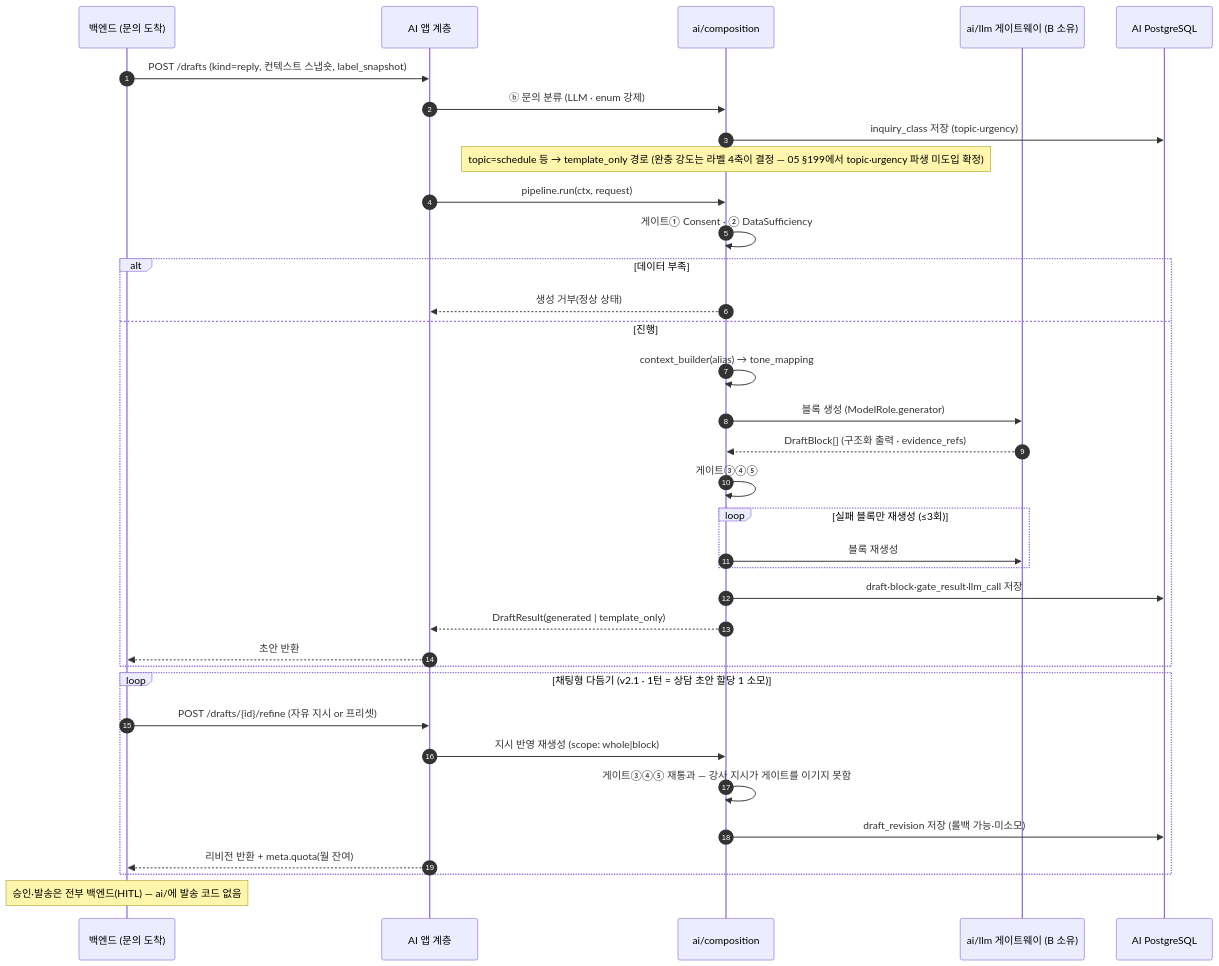
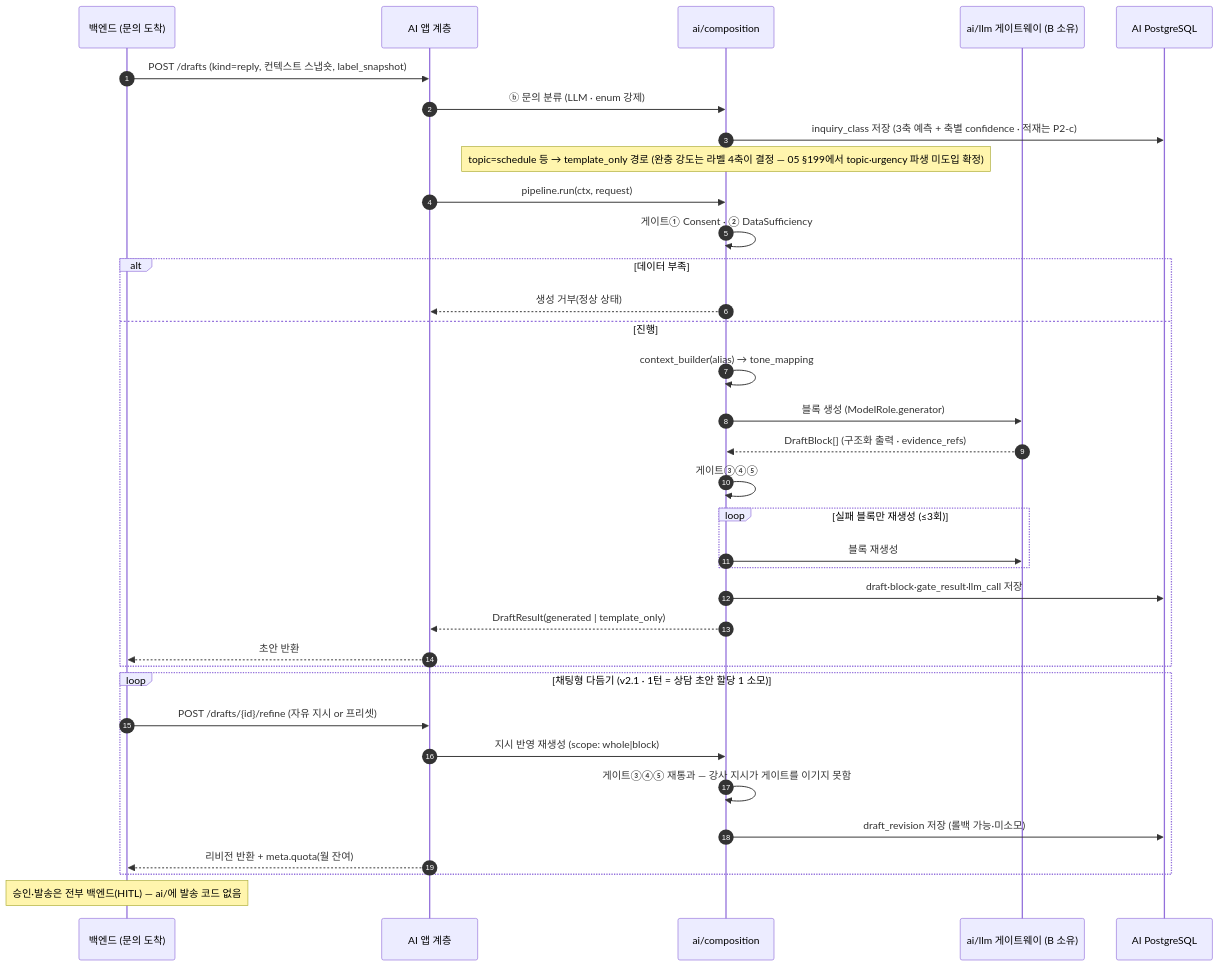
Before and after one commit to MTVS5-CheckOn/CheckOn-AI: the seventh of 12 diagrams in docs/part_a/02_design.md, drawn with Mermaid. The commit also changed other lines of this file and 6 other files, not shown here.

First line of the commit message:
docs(erd): INQUIRY_CLASS 3축 동기화 + 99 ⓑ 스키마 해소 · ⓔ 신설

````diff
--- a/docs/part_a/02_design.md
+++ b/docs/part_a/02_design.md
@@ -170,37 +170,37 @@
 ```mermaid
 sequenceDiagram
   autonumber
   participant BE as 백엔드 (문의 도착)
   participant API as AI 앱 계층
   participant CMP as ai/composition
   participant GW as ai/llm 게이트웨이 (B 소유)
   participant PG as AI PostgreSQL
   BE->>API: POST /drafts (kind=reply, 컨텍스트 스냅숏, label_snapshot)
   API->>CMP: ⓑ 문의 분류 (LLM · enum 강제)
-  CMP->>PG: inquiry_class 저장 (topic·urgency)
+  CMP->>PG: inquiry_class 저장 (3축 예측 + 축별 confidence · 적재는 P2-c)
   Note over CMP: topic=schedule 등 → template_only 경로 (완충 강도는 라벨 4축이 결정 — 05 §199에서 topic·urgency 파생 미도입 확정)
   API->>CMP: pipeline.run(ctx, request)
   CMP->>CMP: 게이트① Consent · ② DataSufficiency
   alt 데이터 부족
     CMP-->>API: 생성 거부(정상 상태)
   else 진행
     CMP->>CMP: context_builder(alias) → tone_mapping
     CMP->>GW: 블록 생성 (ModelRole.generator)
     GW-->>CMP: DraftBlock[] (구조화 출력 · evidence_refs)
     CMP->>CMP: 게이트③④⑤
     loop 실패 블록만 재생성 (≤3회)
       CMP->>GW: 블록 재생성
     end
     CMP->>PG: draft·block·gate_result·llm_call 저장
     CMP-->>API: DraftResult(generated | template_only)
     API-->>BE: 초안 반환
   end
   loop 채팅형 다듬기 (v2.1 · 1턴 = 상담 초안 할당 1 소모)
     BE->>API: POST /drafts/{id}/refine (자유 지시 or 프리셋)
     API->>CMP: 지시 반영 재생성 (scope: whole|block)
     CMP->>CMP: 게이트③④⑤ 재통과 — 강사 지시가 게이트를 이기지 못함
     CMP->>PG: draft_revision 저장 (롤백 가능·미소모)
     API-->>BE: 리비전 반환 + meta.quota(월 잔여)
   end
   Note over BE: 승인·발송은 전부 백엔드(HITL) — ai/에 발송 코드 없음
 ```
````
